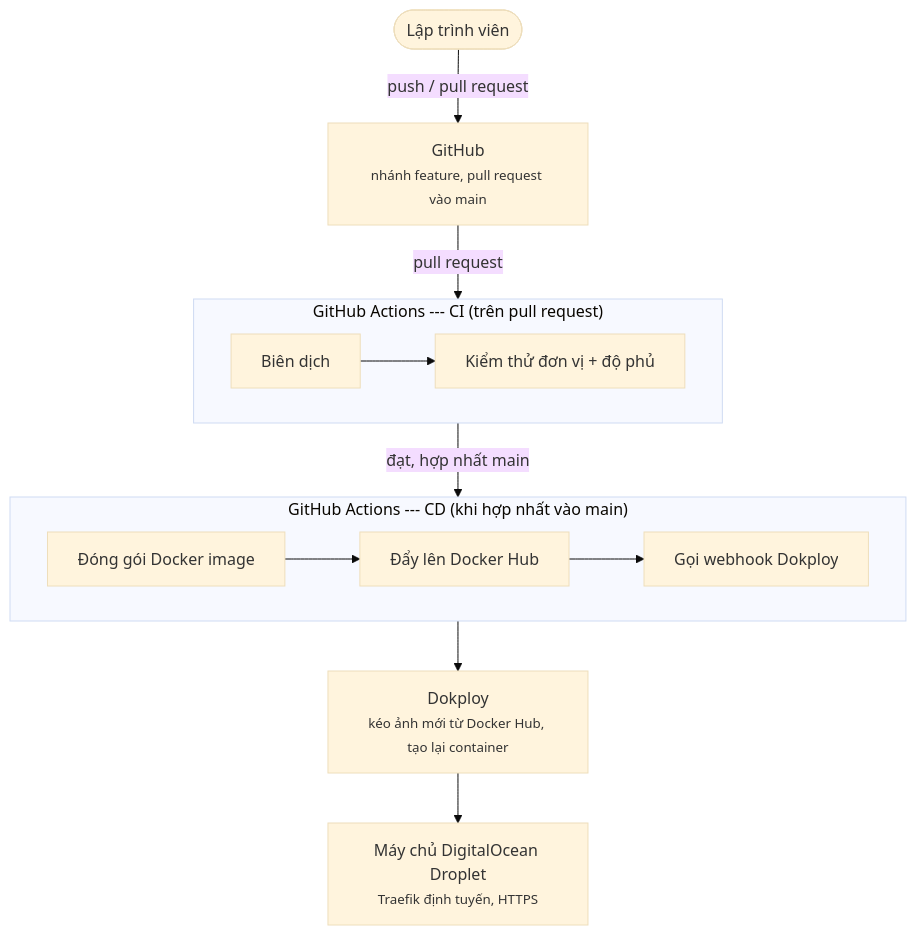
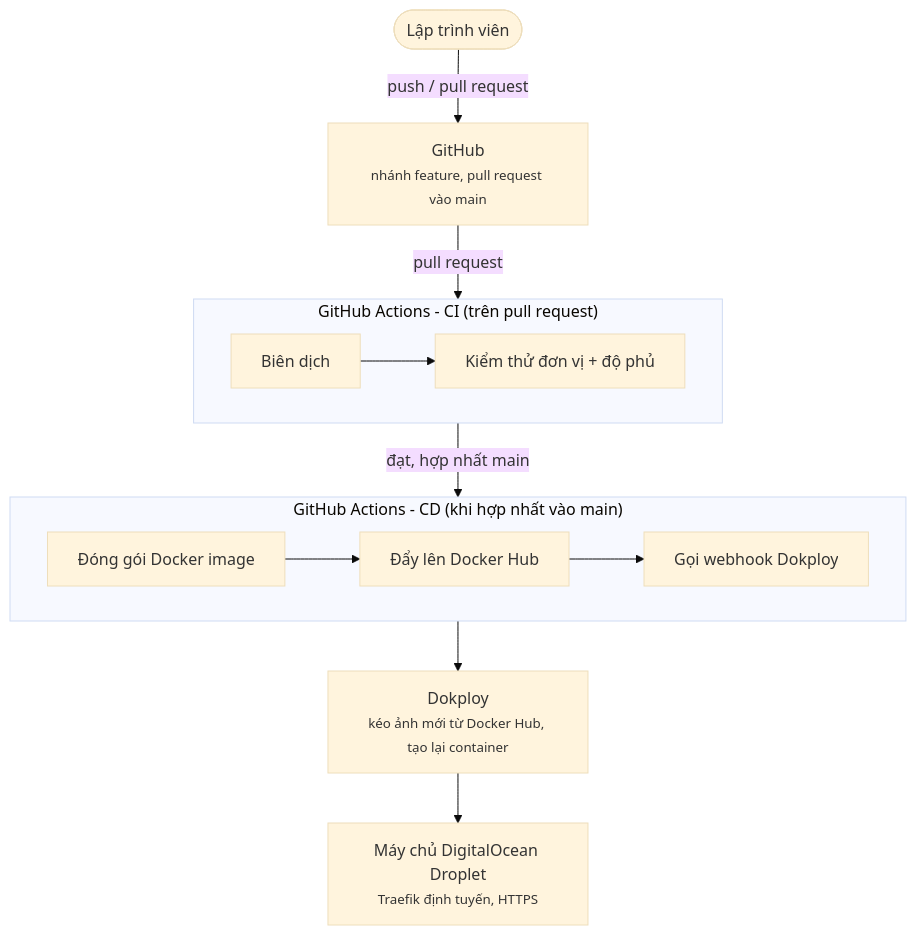
The diagram in diagrams/be/src/07-cicd.mmd (huynhtranty/smartrent-report), drawn with Mermaid (base theme) before and after one commit. The commit also changed 55 other files, not shown here.

```diff
--- a/diagrams/be/src/07-cicd.mmd
+++ b/diagrams/be/src/07-cicd.mmd
@@ -1,22 +1,22 @@
 flowchart TB
     Dev(["Lập trình viên"])
     GH["GitHub<br/><small>nhánh feature, pull request vào main</small>"]
 
-    subgraph CI["GitHub Actions --- CI (trên pull request)"]
+    subgraph CI["GitHub Actions - CI (trên pull request)"]
         direction LR
         B["Biên dịch"] --> T["Kiểm thử đơn vị + độ phủ"]
     end
 
-    subgraph CD["GitHub Actions --- CD (khi hợp nhất vào main)"]
+    subgraph CD["GitHub Actions - CD (khi hợp nhất vào main)"]
         direction LR
         Img["Đóng gói Docker image"] --> Push["Đẩy lên Docker Hub"] --> Hook["Gọi webhook Dokploy"]
     end
 
     Dok["Dokploy<br/><small>kéo ảnh mới từ Docker Hub, tạo lại container</small>"]
     Droplet["Máy chủ DigitalOcean Droplet<br/><small>Traefik định tuyến, HTTPS</small>"]
 
     Dev -->|"push / pull request"| GH
     GH -->|"pull request"| CI
     CI -->|"đạt, hợp nhất main"| CD
     CD --> Dok
     Dok --> Droplet
```
